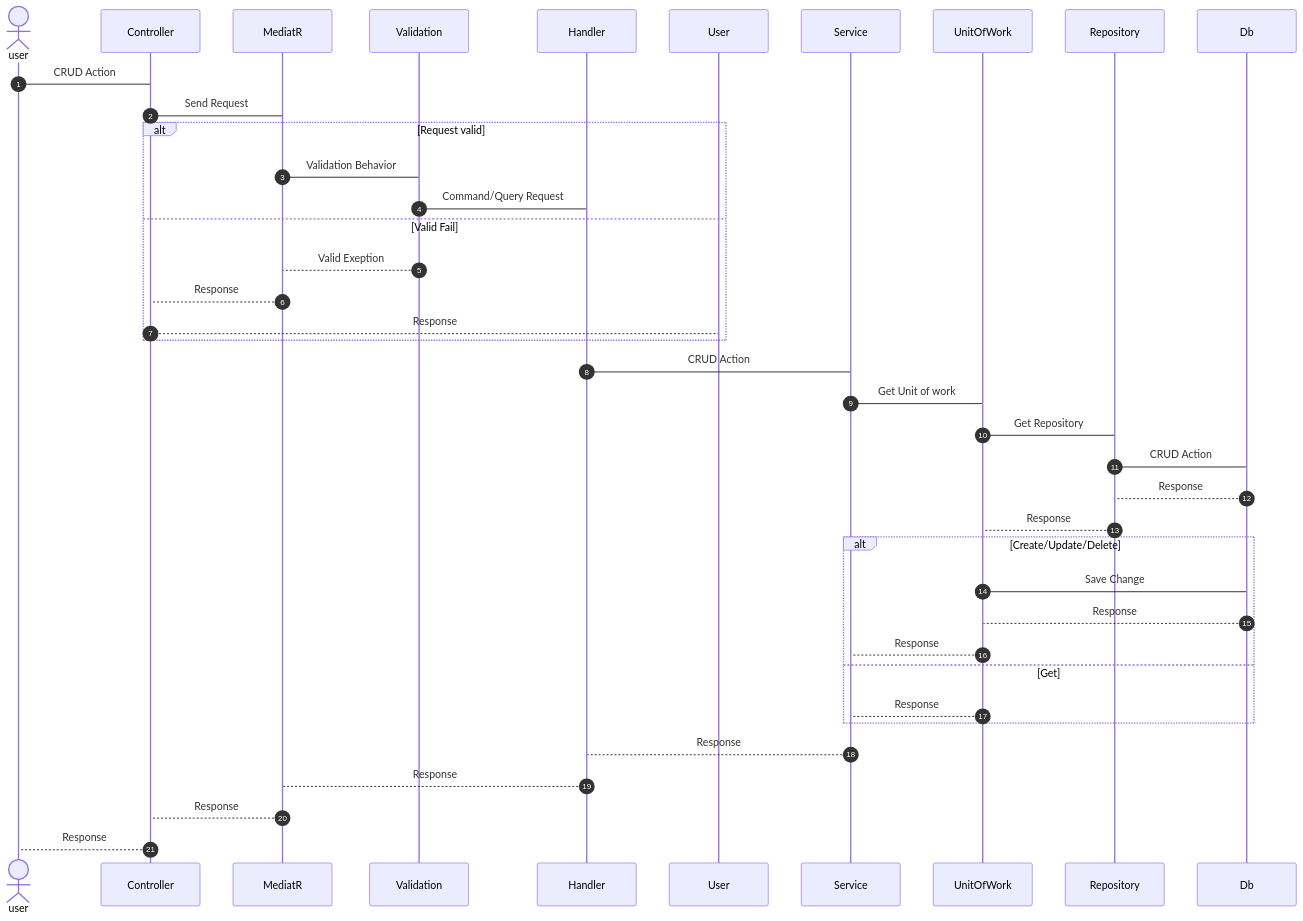
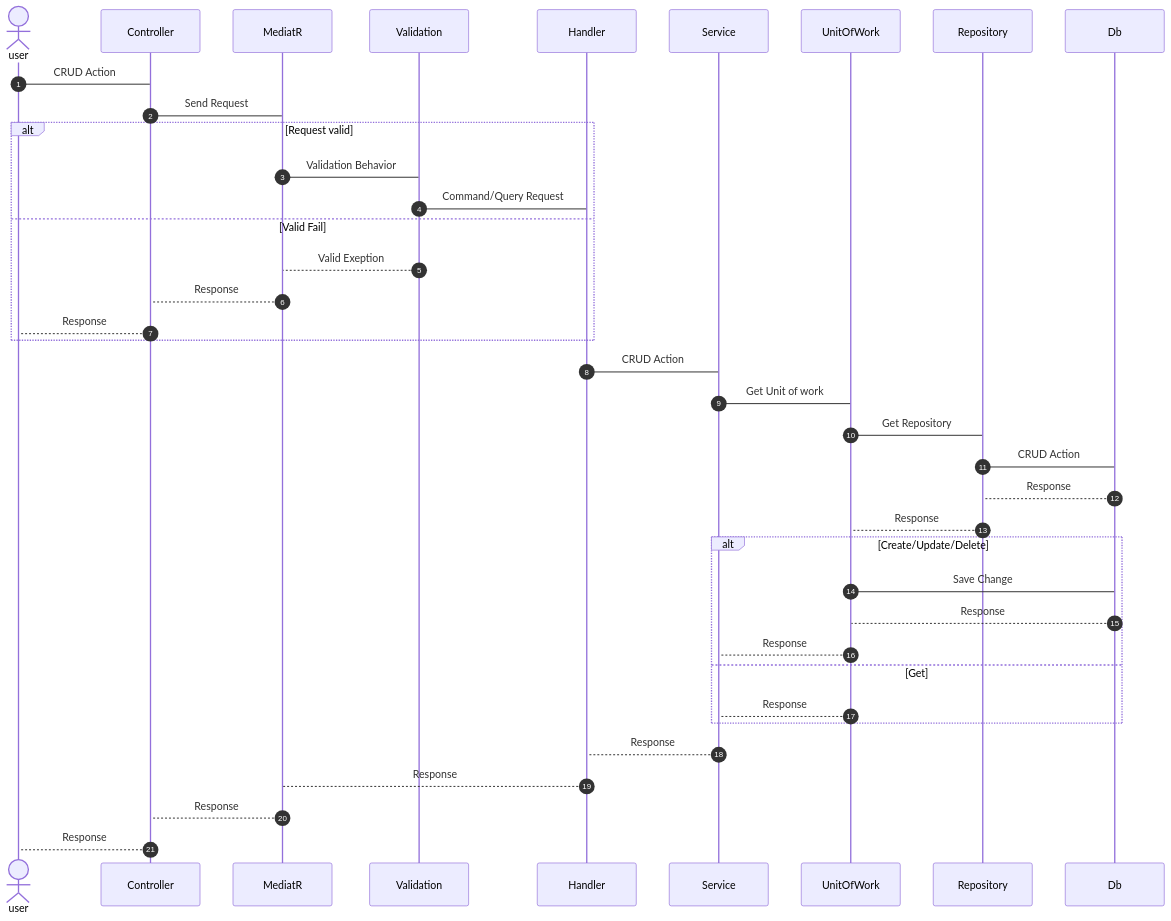
Before and after one commit to bvtung17/DailyTask_Clean-architecture: the diagram in README.md, drawn with Mermaid.

````diff
--- a/README.md
+++ b/README.md
@@ -78,33 +78,33 @@
 ```mermaid
 sequenceDiagram
    
         actor user
         autonumber
         user -> Controller : CRUD Action
         Controller -> MediatR : Send Request
         alt Request valid
             MediatR -> Validation : Validation Behavior
             Validation -> Handler : Command/Query Request
         else Valid Fail
             Validation --> MediatR : Valid Exeption
             MediatR --> Controller : Response
-            Controller --> User : Response
+            Controller --> user : Response
         end
         Handler -> Service : CRUD Action
         Service -> UnitOfWork : Get Unit of work
         UnitOfWork -> Repository : Get Repository
         Repository -> Db : CRUD Action 
         Db--> Repository : Response
         Repository --> UnitOfWork :  Response 
         alt Create/Update/Delete
             UnitOfWork -> Db : Save Change
             Db --> UnitOfWork : Response
             UnitOfWork --> Service : Response
         else Get
             UnitOfWork --> Service :  Response
         end
         Service --> Handler :  Response
         Handler --> MediatR :  Response
         MediatR --> Controller :  Response
         Controller --> user :  Response 
 ```
````
